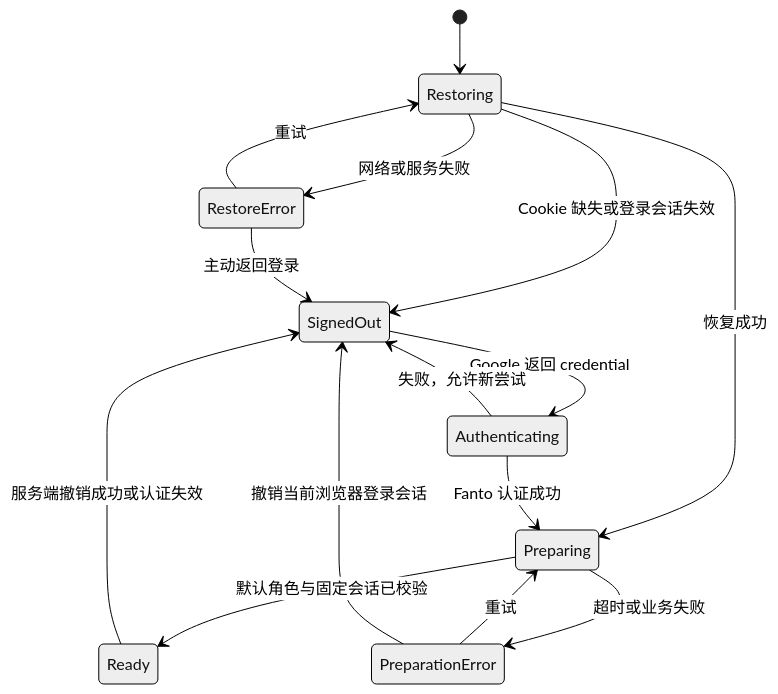
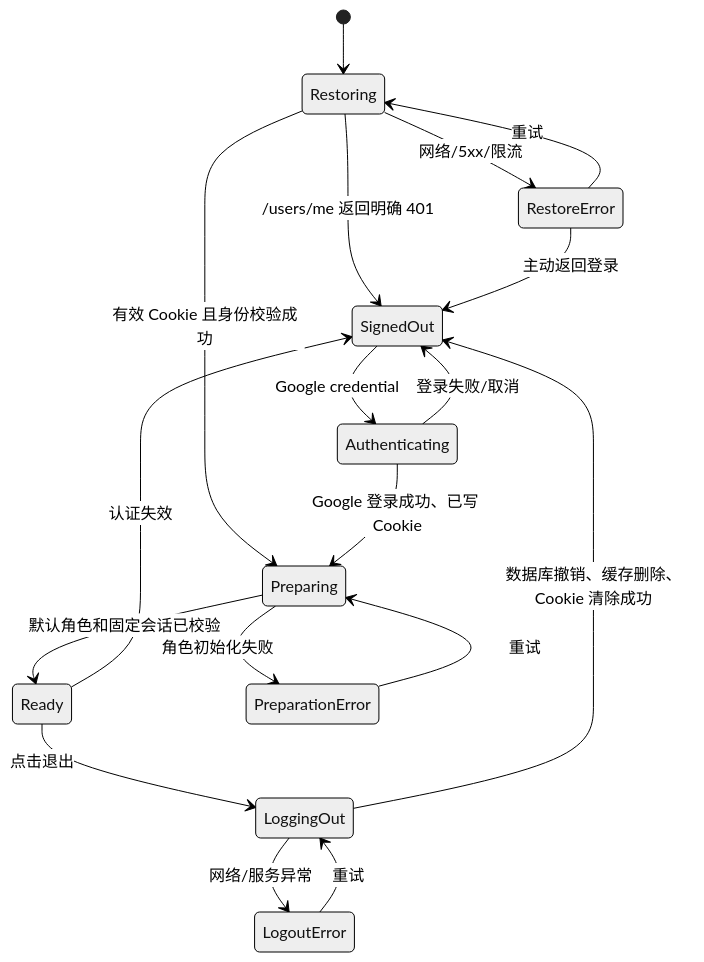
Before and after one commit to huiru-wang/fanto: the first of 3 diagrams in plan/2026-10-22-h5-google-auth-design.md, drawn with Mermaid (neutral theme). The commit also changed other lines of this file and 1 other file, not shown here.

````diff
--- a/plan/2026-10-22-h5-google-auth-design.md
+++ b/plan/2026-10-22-h5-google-auth-design.md
@@ -46,17 +61,20 @@
 ```mermaid
 stateDiagram-v2
     [*] --> Restoring
-    Restoring --> SignedOut: Cookie 缺失或登录会话失效
-    Restoring --> Preparing: 恢复成功
-    Restoring --> RestoreError: 网络或服务失败
+    Restoring --> SignedOut: /users/me 返回明确 401
+    Restoring --> Preparing: 有效 Cookie 且身份校验成功
+    Restoring --> RestoreError: 网络/5xx/限流
     RestoreError --> Restoring: 重试
     RestoreError --> SignedOut: 主动返回登录
-    SignedOut --> Authenticating: Google 返回 credential
-    Authenticating --> SignedOut: 失败，允许新尝试
-    Authenticating --> Preparing: Fanto 认证成功
-    Preparing --> Ready: 默认角色与固定会话已校验
-    Preparing --> PreparationError: 超时或业务失败
+    SignedOut --> Authenticating: Google credential
+    Authenticating --> SignedOut: 登录失败/取消
+    Authenticating --> Preparing: Google 登录成功、已写 Cookie
+    Preparing --> Ready: 默认角色和固定会话已校验
+    Preparing --> PreparationError: 角色初始化失败
     PreparationError --> Preparing: 重试
-    PreparationError --> SignedOut: 撤销当前浏览器登录会话
-    Ready --> SignedOut: 服务端撤销成功或认证失效
+    Ready --> LoggingOut: 点击退出
+    LoggingOut --> SignedOut: 数据库撤销、缓存删除、Cookie 清除成功
+    LoggingOut --> LogoutError: 网络/服务异常
+    LogoutError --> LoggingOut: 重试
+    Ready --> SignedOut: 认证失效
 ```
````
